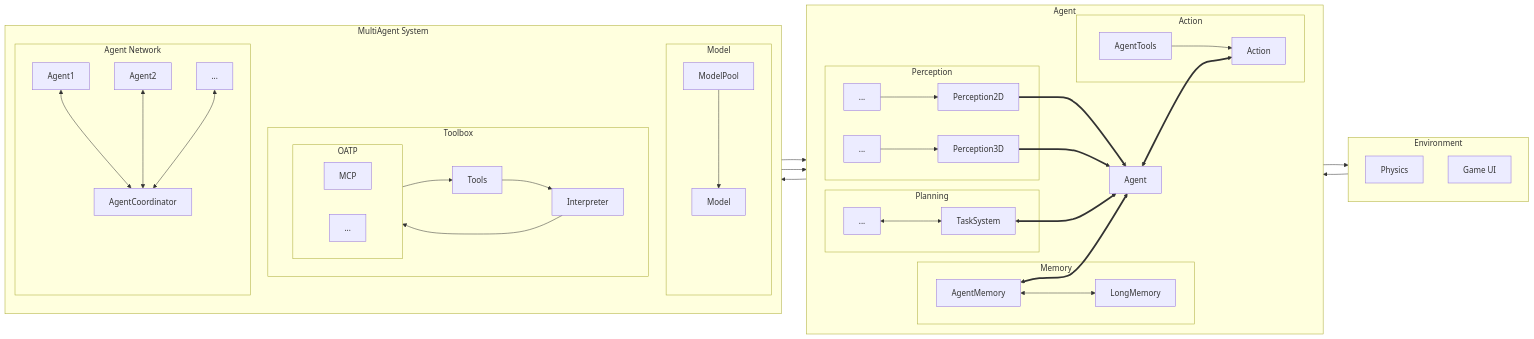
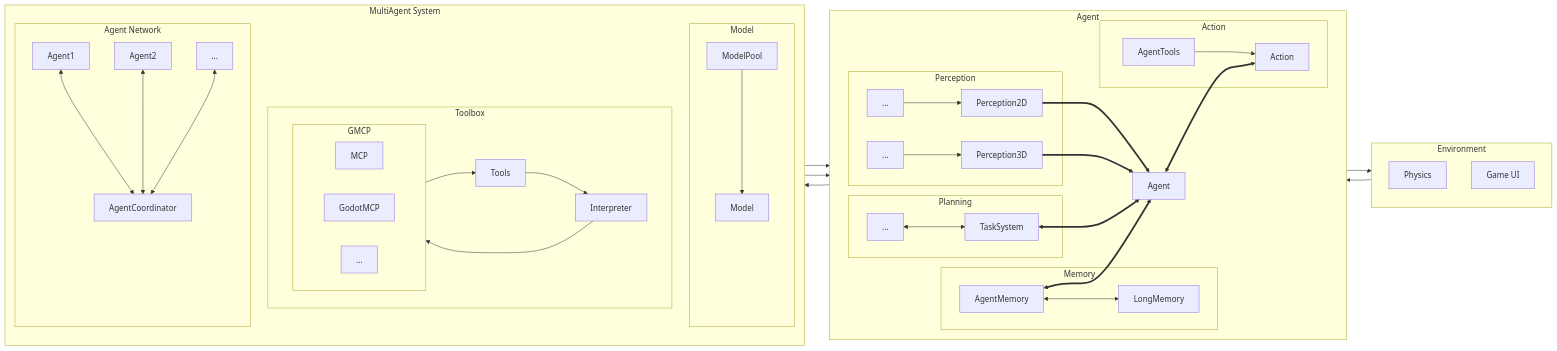
Before and after one commit to SleeeepyZhou/AIdot: the diagram in README.md, drawn with Mermaid. The commit also changed other lines of this file and 6 other files, not shown here.

````diff
--- a/README.md
+++ b/README.md
@@ -24,75 +24,77 @@
 ```mermaid
 flowchart LR
 	subgraph Agent
 		direction LR
 		A[Agent]
 
 		subgraph Perception
 			P2[Perception2D]
 			P2N[...] --> P2
 			P3[Perception3D]
 			P3N[...] --> P3
 		end
 
 		subgraph Memory
 			M1[AgentMemory] <--> M2[LongMemory]
 		end
 
 		subgraph Planning
 			S[TaskSystem]
 			S3[...] <--> S
 		end
 
 		subgraph Action
 			T[Action]
 			AgentTools --> T
 		end
 
 		P2 ==> A
 		P3 ==> A
 		M1 <==> A
 		S <==> A
 		A <==> T
 	end
 
 	subgraph ENV[Environment]
 		direction TB
 		PHYS[Physics]
 		UI[Game UI]
 	end
 
 	ENV --> Perception
 	T --> ENV
 
 	subgraph MultiAgent System
 		direction TB
 		subgraph Agent Network
 			A1[Agent1] <--> C
 			A2[Agent2] <--> C
 			A4[...] <--> C
 			C[AgentCoordinator]
 		end
 
 		subgraph Model
 			M[Model]
 			ModelPool --> M
 		end
 		M --> A
 
 		subgraph Toolbox
 			direction LR
 			T0[Tools] --> t[Interpreter]
-			t --> OATP
-			subgraph OATP
+			t --> GMCP
+			subgraph GMCP
+				direction LR
 				MCP
-				T4[...]
+				T1[GodotMCP]
+				T2[...]
 			end
-			OATP --> T0
+			GMCP --> T0
 		end
 		T0 --> AgentTools
 
 	end
 
 	Agent --> A1
 	
 ```
````
